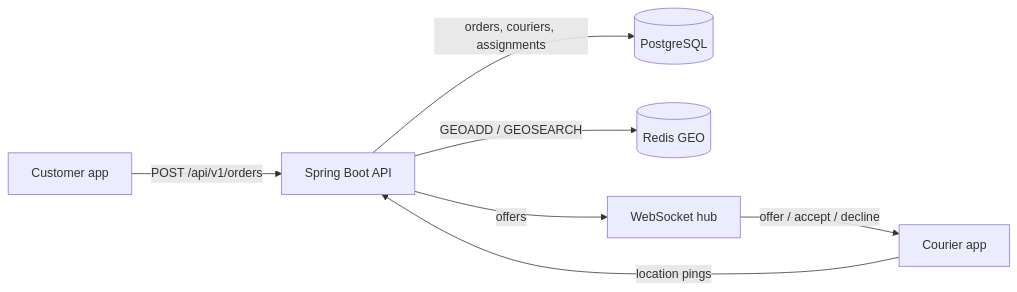
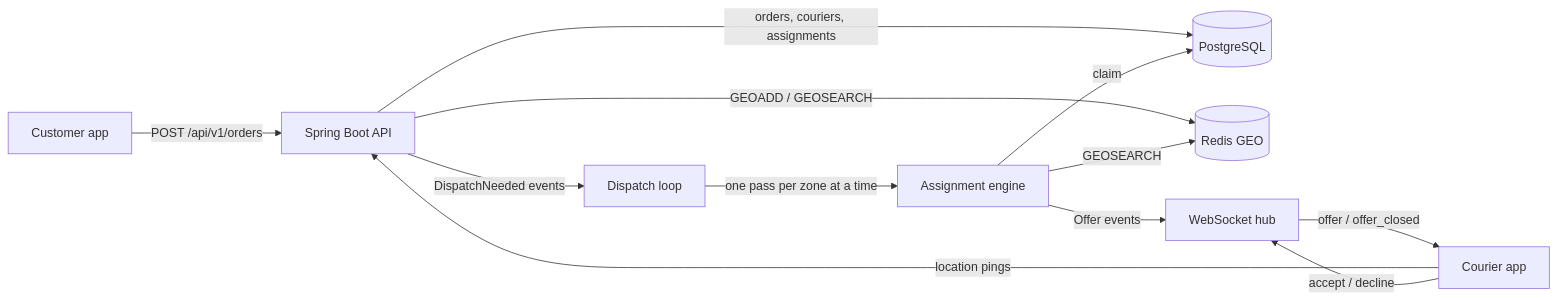
One commit to vivekdavara/dispatch changed the diagram in README.md. Above: the diagram before and after it, drawn with Mermaid. The commit also changed other lines of this file, not shown here.

First line of the commit message:
README: day-3 status, offers over the socket, a hand-run transcript

````diff
--- a/README.md
+++ b/README.md
@@ -15,9 +17,14 @@
 ```mermaid
 flowchart LR
     C[Customer app] -- POST /api/v1/orders --> API[Spring Boot API]
     K[Courier app] -- location pings --> API
     API -- orders, couriers, assignments --> PG[(PostgreSQL)]
     API -- GEOADD / GEOSEARCH --> R[(Redis GEO)]
-    API -- offers --> WS[WebSocket hub]
-    WS -- offer / accept / decline --> K
+    API -- DispatchNeeded events --> L[Dispatch loop]
+    L -- one pass per zone at a time --> E[Assignment engine]
+    E -- GEOSEARCH --> R
+    E -- claim --> PG
+    E -- Offer events --> WS[WebSocket hub]
+    WS -- offer / offer_closed --> K
+    K -- accept / decline --> WS
 ```
````
